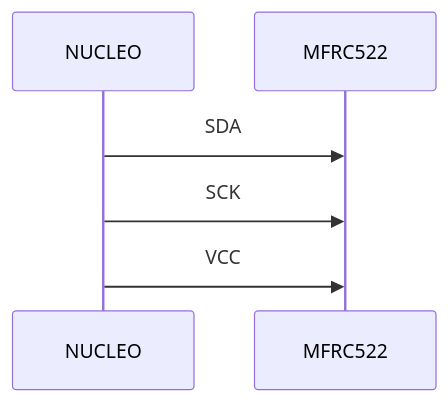
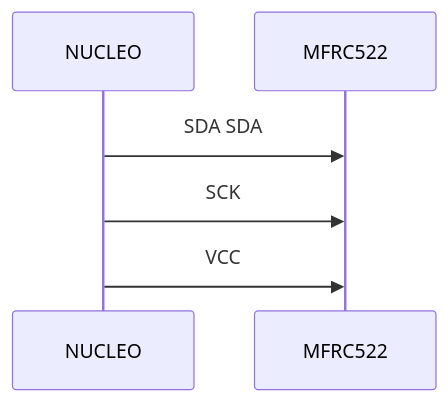
One commit to bytefull/resto-device changed the diagram in README.md. Above: the diagram before and after it, drawn with Mermaid.

````diff
--- a/README.md
+++ b/README.md
@@ -6,6 +6,6 @@
 ```mermaid
 sequenceDiagram
-NUCLEO ->> MFRC522: SDA
+NUCLEO ->> MFRC522: SDA SDA
 NUCLEO ->> MFRC522: SCK
 NUCLEO ->> MFRC522: VCC
 ```
````
